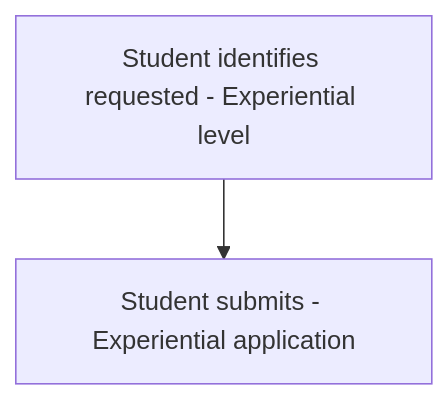
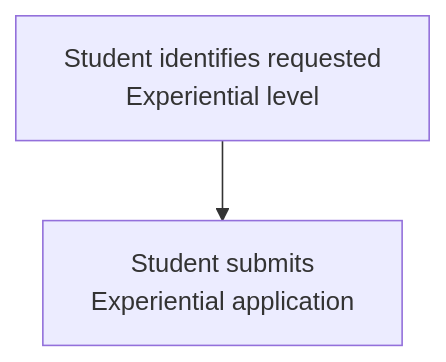
One commit to RIAHPathway/Website-Draft changed the second of 18 diagrams in RIAH-PATHWAY-EXPERIENTIAL-STRUCTURE/EXPERIENTIAL-STRUCTURE.md. Above: the diagram before and after it, drawn with Mermaid. The commit also changed other lines of this file, not shown here.

Commit message:
Fix Mermaid rendering in experiential structure

````diff
--- a/RIAH-PATHWAY-EXPERIENTIAL-STRUCTURE/EXPERIENTIAL-STRUCTURE.md
+++ b/RIAH-PATHWAY-EXPERIENTIAL-STRUCTURE/EXPERIENTIAL-STRUCTURE.md
@@ -497,4 +497,4 @@
 ```mermaid
-flowchart TD
-    A["Student identifies requested - Experiential level"] --> B["Student submits - Experiential application"]
+graph TD
+    A["Student identifies requested<br/>Experiential level"] --> B["Student submits<br/>Experiential application"]
 ```
````
